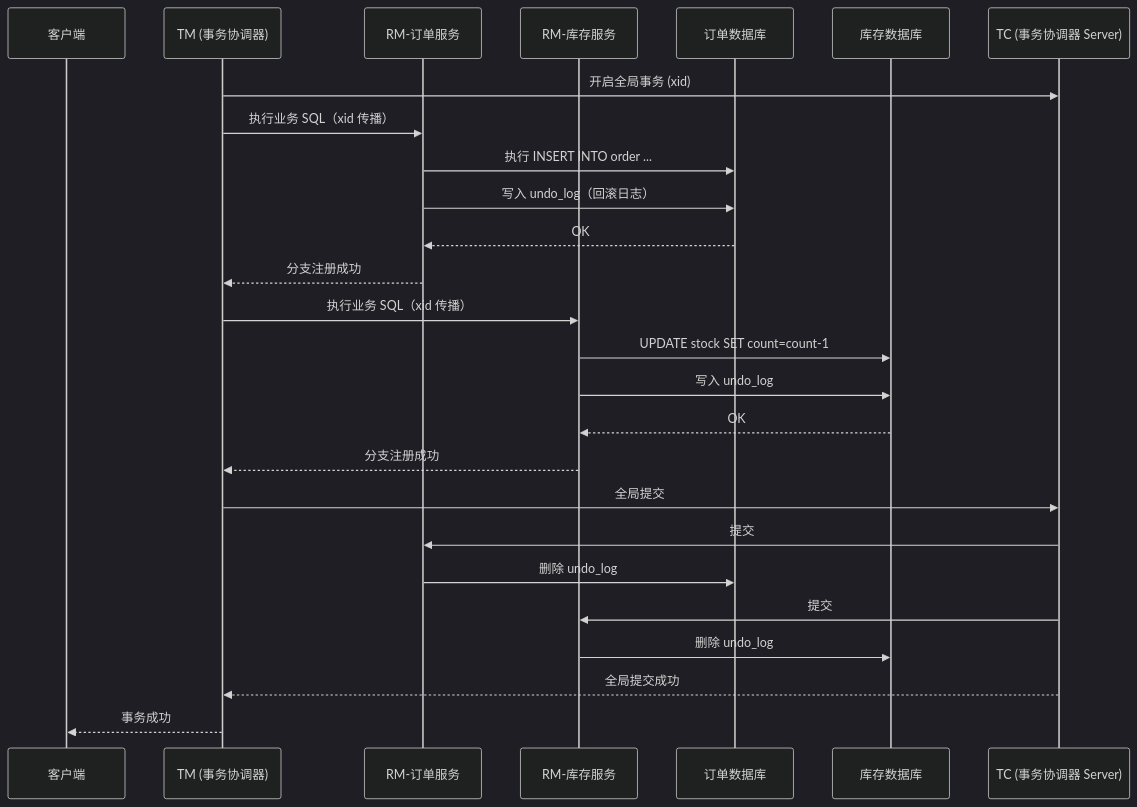
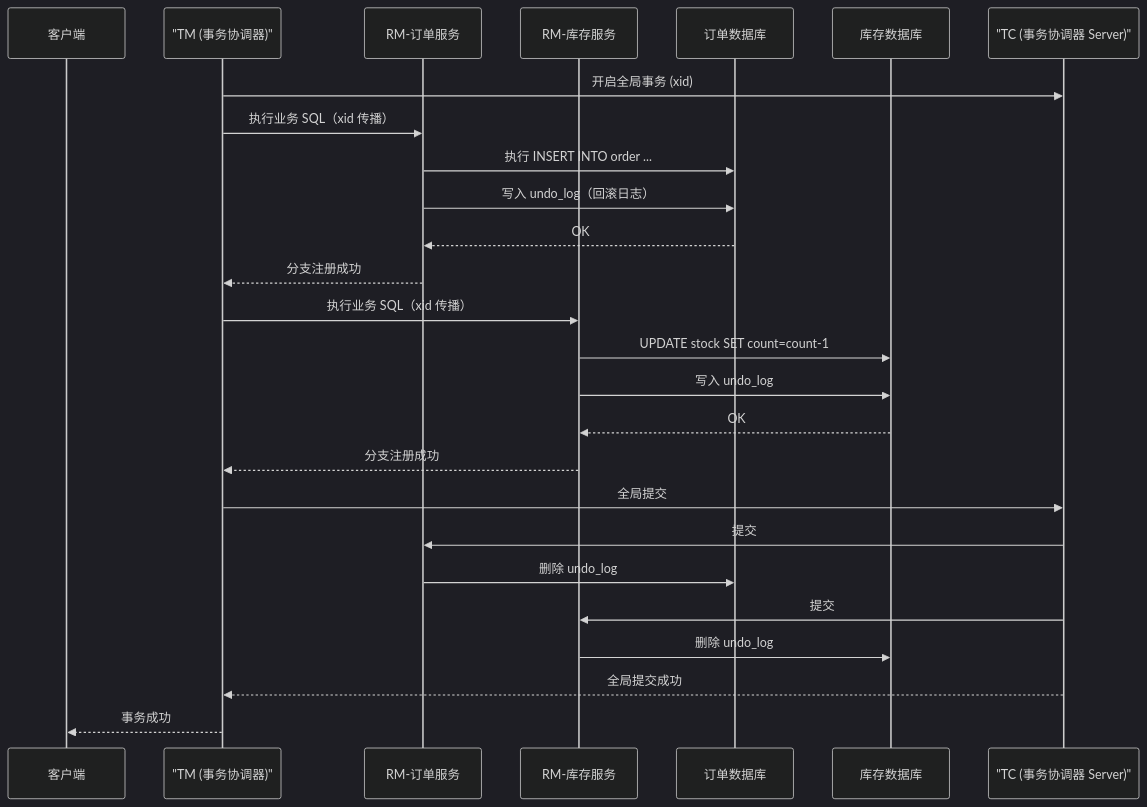
One commit to kane201x/javadoc changed the sixth of 8 diagrams in 07-spring-cloud/README.md. Above: the diagram before and after it, drawn with Mermaid (dark theme). The commit also changed other lines of this file and 5 other files, not shown here.

First line of the commit message:
fix: resolve mermaid diagram syntax issues across all modules

````diff
--- a/07-spring-cloud/README.md
+++ b/07-spring-cloud/README.md
@@ -1040,31 +1043,31 @@
 ```mermaid
 sequenceDiagram
     participant Client as 客户端
-    participant TM as TM (事务协调器)
+    participant TM as "TM (事务协调器)"
     participant RM1 as RM-订单服务
     participant RM2 as RM-库存服务
     participant DB1 as 订单数据库
     participant DB2 as 库存数据库
-    participant TC as TC (事务协调器 Server)
+    participant TC as "TC (事务协调器 Server)"
 
     TM->>TC: 开启全局事务 (xid)
     TM->>RM1: 执行业务 SQL（xid 传播）
     RM1->>DB1: 执行 INSERT INTO order ...
     RM1->>DB1: 写入 undo_log（回滚日志）
     DB1-->>RM1: OK
     RM1-->>TM: 分支注册成功
 
     TM->>RM2: 执行业务 SQL（xid 传播）
     RM2->>DB2: UPDATE stock SET count=count-1
     RM2->>DB2: 写入 undo_log
     DB2-->>RM2: OK
     RM2-->>TM: 分支注册成功
 
     TM->>TC: 全局提交
     TC->>RM1: 提交
     RM1->>DB1: 删除 undo_log
     TC->>RM2: 提交
     RM2->>DB2: 删除 undo_log
     TC-->>TM: 全局提交成功
     TM-->>Client: 事务成功
 ```
````
